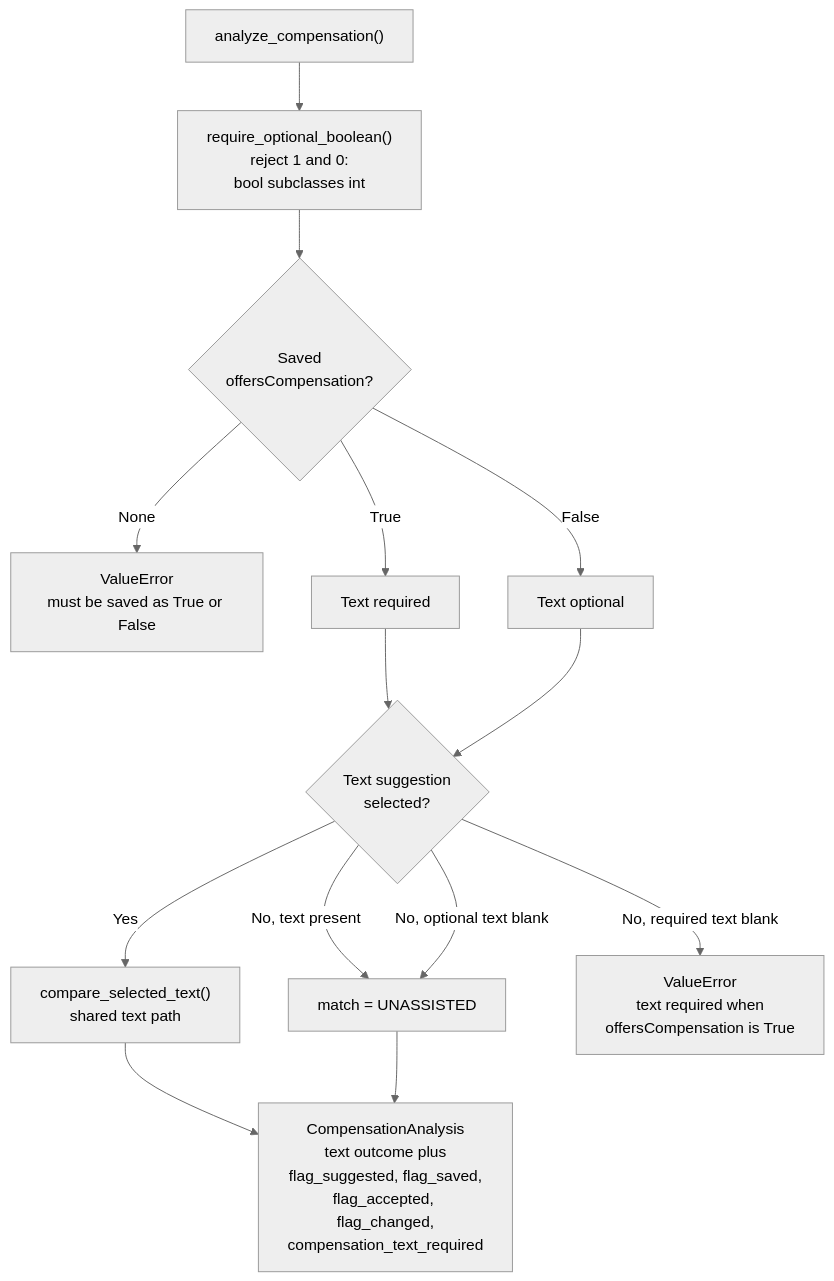
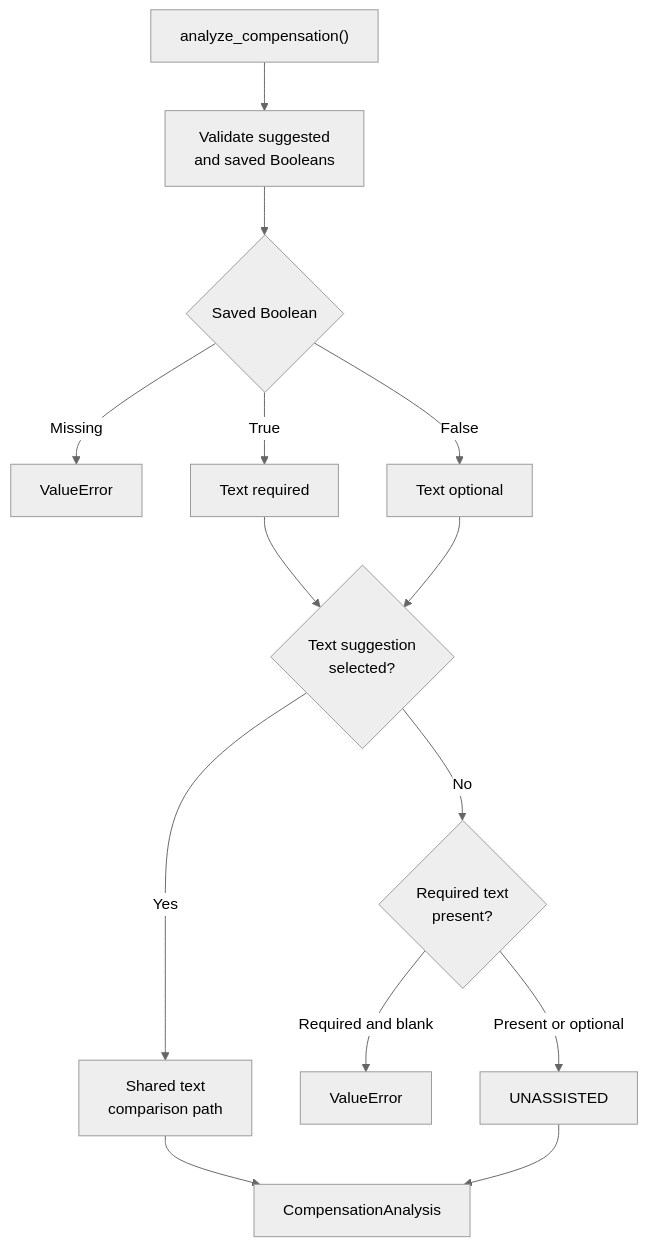
The eighth of 10 diagrams in python/packages/study-posting-ai-analysis/docs/program-flow.md (umich-michr/michr-scripts), drawn with Mermaid (neutral theme) before and after one commit. The commit also changed other lines of this file and 20 other files, not shown here.

````diff
--- a/python/packages/study-posting-ai-analysis/docs/program-flow.md
+++ b/python/packages/study-posting-ai-analysis/docs/program-flow.md
@@ -219,23 +336,26 @@
 ```mermaid
 flowchart TB
     START["analyze_compensation()"]
-    START --> VALIDATE["require_optional_boolean()<br/>reject 1 and 0:<br/>bool subclasses int"]
-    VALIDATE --> RULE{"Saved<br/>offersCompensation?"}
+    FLAGS["Validate suggested<br/>and saved Booleans"]
+    SAVED{"Saved Boolean"}
+    SELECTED{"Text suggestion<br/>selected?"}
+    REQUIRED{"Required text<br/>present?"}
 
-    RULE -->|None| FLAG_ERR["ValueError<br/>must be saved as True or False"]
-    RULE -->|True| REQ["Text required"]
-    RULE -->|False| OPT["Text optional"]
+    START --> FLAGS --> SAVED
 
-    REQ --> PICKED{"Text suggestion<br/>selected?"}
-    OPT --> PICKED
+    SAVED -->|Missing| E_FLAG["ValueError"]
+    SAVED -->|True| TEXT_REQUIRED["Text required"]
+    SAVED -->|False| TEXT_OPTIONAL["Text optional"]
 
-    PICKED -->|Yes| SHARED["compare_selected_text()<br/>shared text path"]
-    PICKED -->|"No, text present"| UNASSIST["match = UNASSISTED"]
-    PICKED -->|"No, optional text blank"| UNASSIST
-    PICKED -->|"No, required text blank"| TEXT_ERR["ValueError<br/>text required when<br/>offersCompensation is True"]
+    TEXT_REQUIRED --> SELECTED
+    TEXT_OPTIONAL --> SELECTED
 
-    SHARED --> OUT
-    UNASSIST --> OUT
+    SELECTED -->|Yes| TEXT["Shared text<br/>comparison path"]
+    SELECTED -->|No| REQUIRED
 
-    OUT["CompensationAnalysis<br/>text outcome plus<br/>flag_suggested, flag_saved,<br/>flag_accepted, flag_changed,<br/>compensation_text_required"]
+    REQUIRED -->|"Required and blank"| E_TEXT["ValueError"]
+    REQUIRED -->|"Present or optional"| UNASSISTED["UNASSISTED"]
+
+    TEXT --> RESULT["CompensationAnalysis"]
+    UNASSISTED --> RESULT
 ```
````
